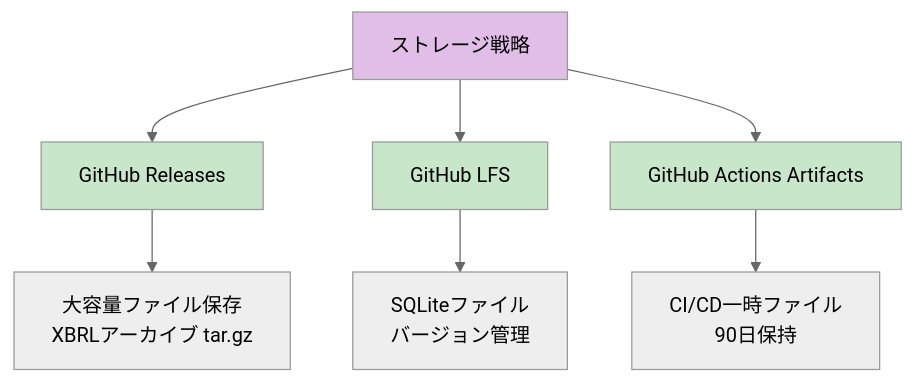
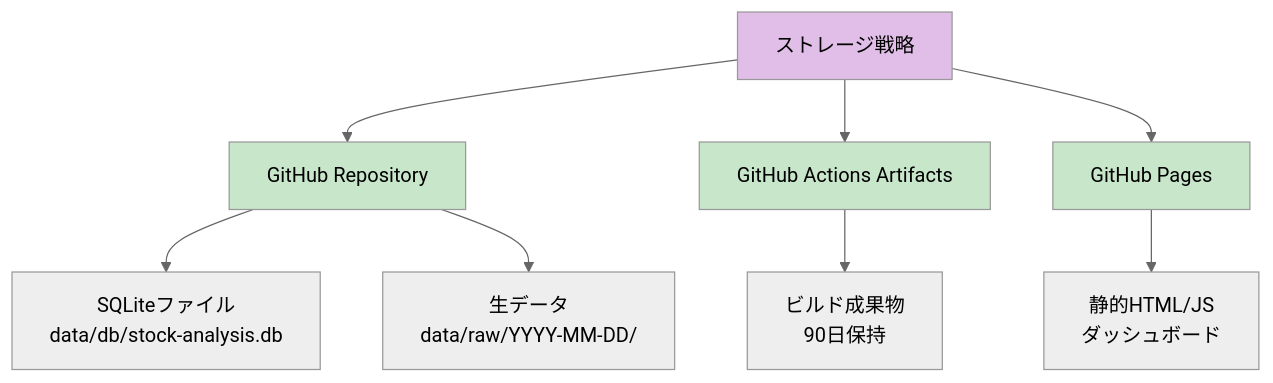
Before and after one commit to J1921604/stock-analysis: the first of 5 diagrams in .specify/memory/constitution.md, drawn with Mermaid (neutral theme). The commit also changed other lines of this file and 9 other files, not shown here.

````diff
--- a/.specify/memory/constitution.md
+++ b/.specify/memory/constitution.md
@@ -299,15 +449,16 @@
 ```mermaid
 flowchart TD
-    A[ストレージ戦略] --> B[GitHub Releases]
-    A --> C[GitHub LFS]
-    A --> D[GitHub Actions Artifacts]
+    A[ストレージ戦略] --> B[GitHub Repository]
+    A --> C[GitHub Actions Artifacts]
+    A --> D[GitHub Pages]
     
-    B --> B1[大容量ファイル保存<br/>XBRLアーカイブ tar.gz]
-    C --> C1[SQLiteファイル<br/>バージョン管理]
-    D --> D1[CI/CD一時ファイル<br/>90日保持]
+    B --> B1[SQLiteファイル<br/>data/db/stock-analysis.db]
+    B --> B2[生データ<br/>data/raw/YYYY-MM-DD/]
+    C --> C1[ビルド成果物<br/>90日保持]
+    D --> D1[静的HTML/JS<br/>ダッシュボード]
     
     style A fill:#e1bee7
     style B fill:#c8e6c9
     style C fill:#c8e6c9
     style D fill:#c8e6c9
 ```
````
